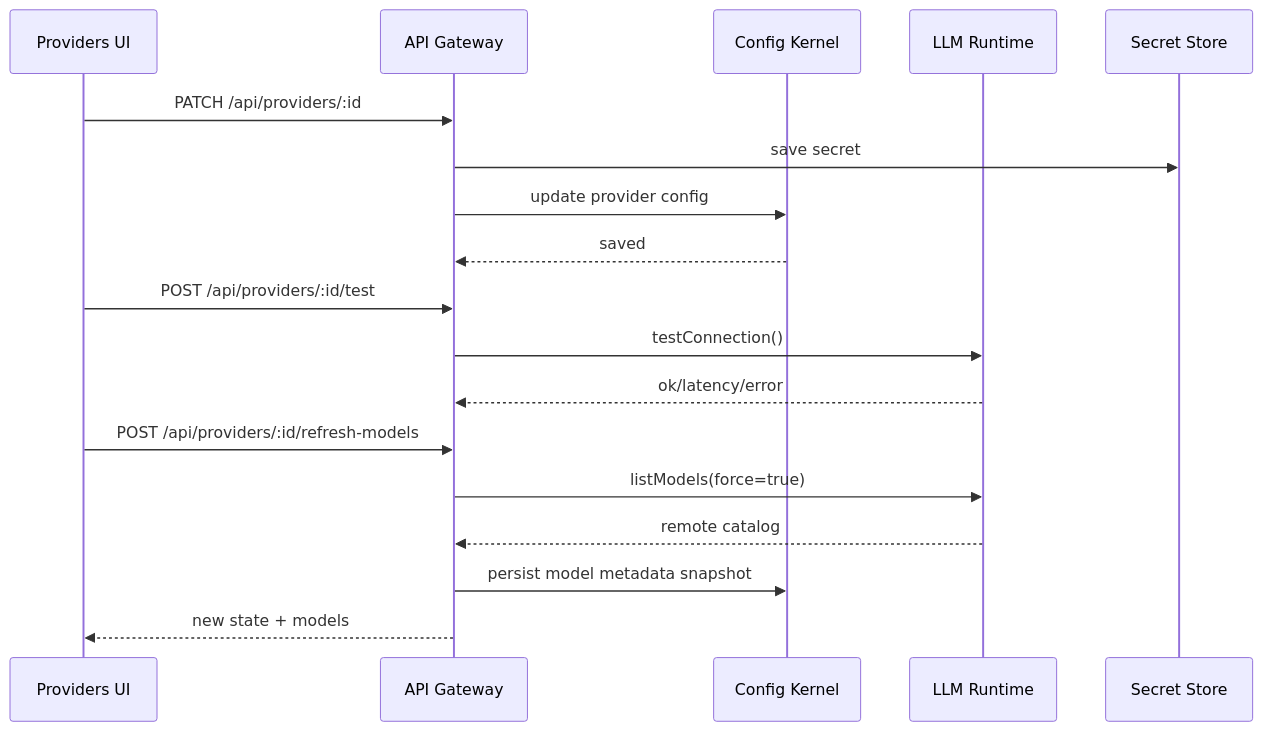
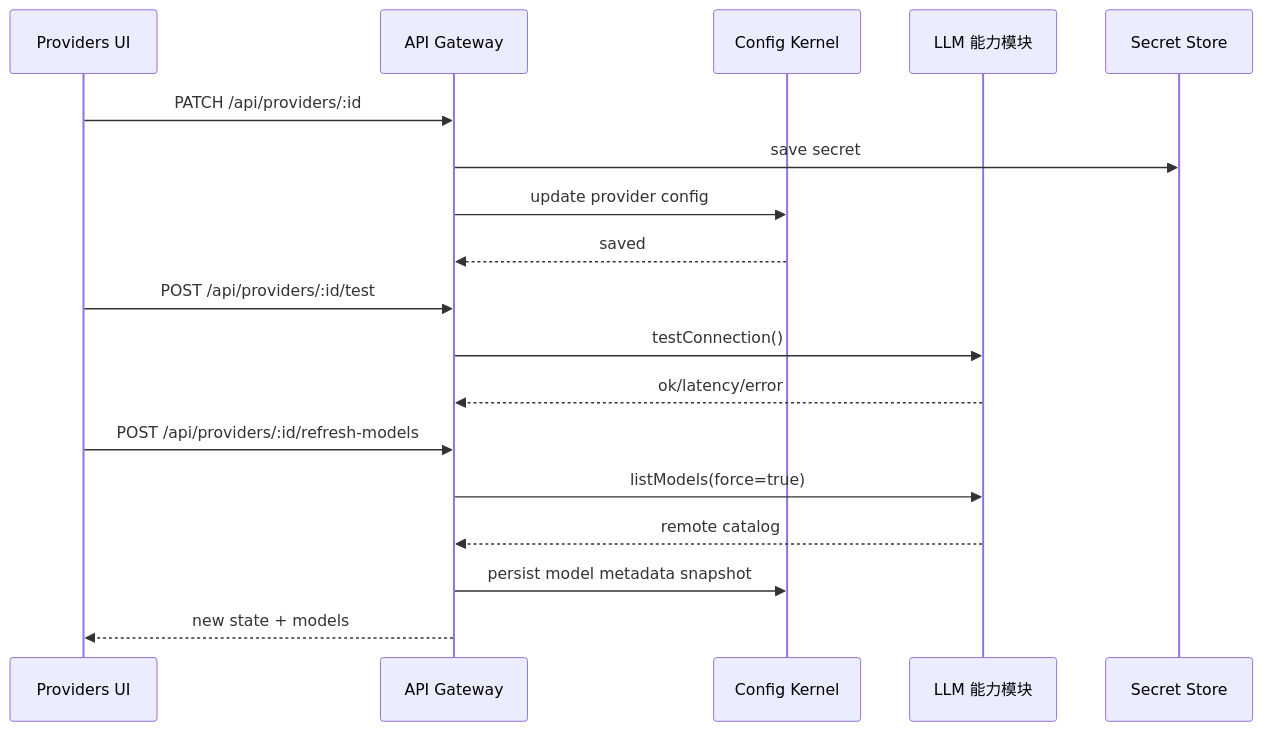
One commit to chengyuZou/EmaAgent changed the fourth of 4 diagrams in docs/README.md. Above: the diagram before and after it, drawn with Mermaid. The commit also changed other lines of this file and 97 other files, not shown here.

````diff
--- a/docs/README.md
+++ b/docs/README.md
@@ -870,21 +870,21 @@
 ```mermaid
 sequenceDiagram
   participant UI as Providers UI
   participant BFF as API Gateway
   participant CFG as Config Kernel
-  participant LLM as LLM Runtime
+  participant LLM as LLM 能力模块
   participant SEC as Secret Store
 
   UI->>BFF: PATCH /api/providers/:id
   BFF->>SEC: save secret
   BFF->>CFG: update provider config
   CFG-->>BFF: saved
   UI->>BFF: POST /api/providers/:id/test
   BFF->>LLM: testConnection()
   LLM-->>BFF: ok/latency/error
   UI->>BFF: POST /api/providers/:id/refresh-models
   BFF->>LLM: listModels(force=true)
   LLM-->>BFF: remote catalog
   BFF->>CFG: persist model metadata snapshot
   BFF-->>UI: new state + models
 ```
````
